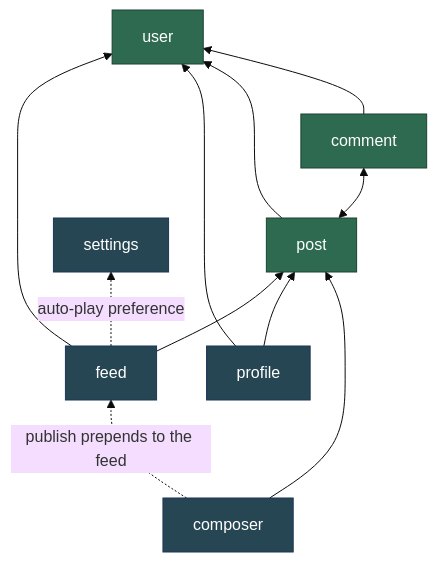
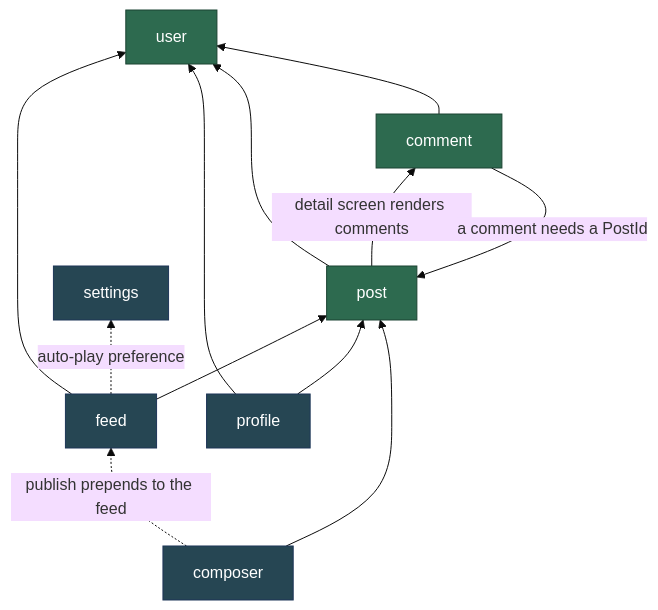
The first of 3 diagrams in README.md (Benjiko99/android-sample-compose), drawn with Mermaid (base theme) before and after one commit.

Commit message:
Spell the post/comment cycle as two labelled edges
Avoids relying on mermaid's bidirectional arrow, and the labels say why
each direction exists.

````diff
--- a/README.md
+++ b/README.md
@@ -34,18 +34,19 @@
 ```mermaid
 graph BT
     feed --> post
     feed --> user
     feed -.->|auto-play preference| settings
     profile --> post
     profile --> user
     composer --> post
     composer -.->|publish prepends to the feed| feed
     post --> user
     comment --> user
-    post <--> comment
+    post -->|detail screen renders comments| comment
+    comment -->|a comment needs a PostId| post
 
     classDef agg fill:#2d6a4f,stroke:#1b4332,color:#fff
     classDef rm fill:#264653,stroke:#1d3557,color:#fff
     class post,user,comment agg
     class feed,profile,composer,settings rm
 ```
````
